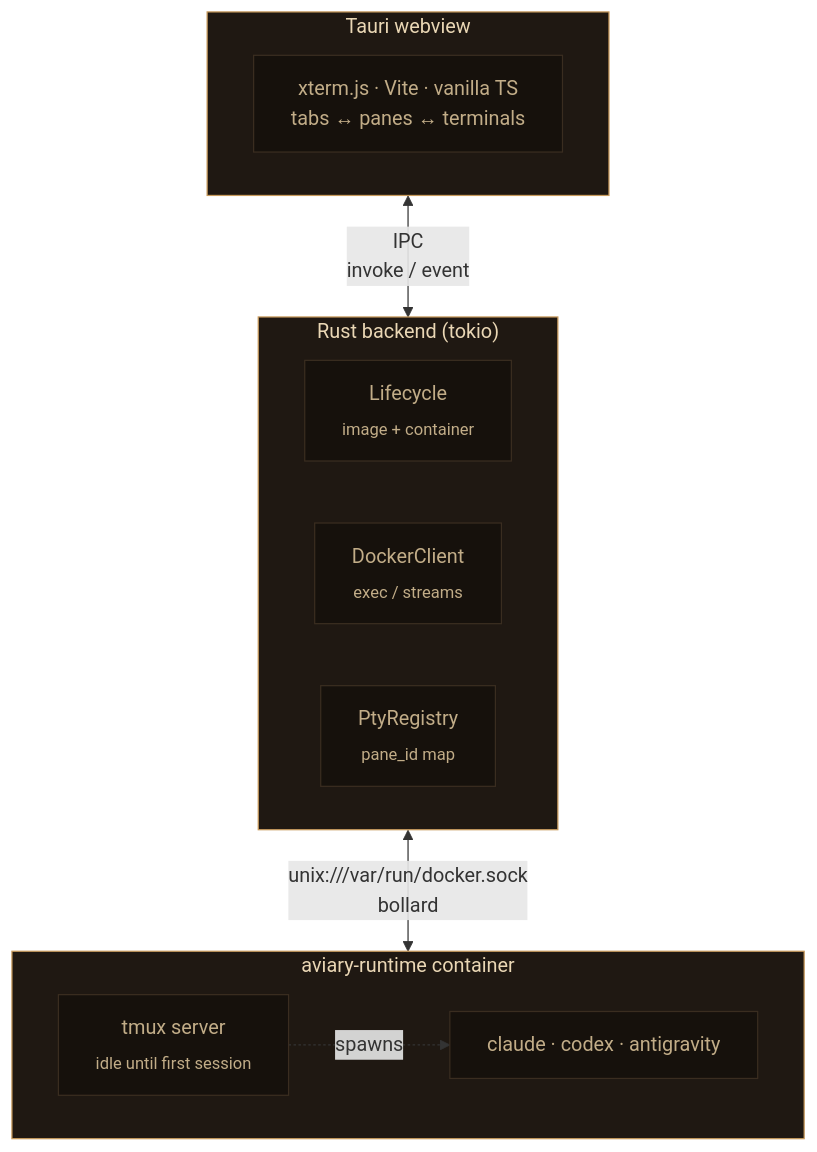
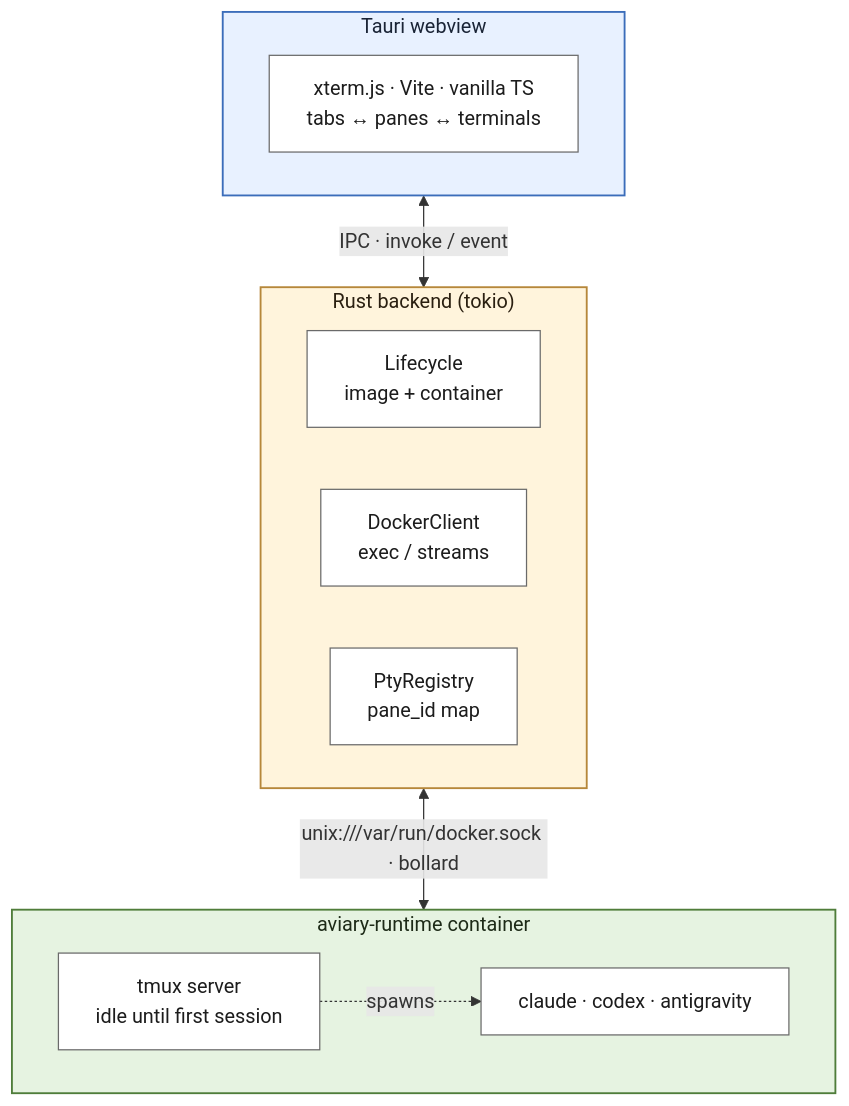
One commit to mpolatcan/aviary changed the first of 3 diagrams in README.md. Above: the diagram before and after it, drawn with Mermaid. The commit also changed other lines of this file, not shown here.

Commit message:
docs: fix Mermaid parse errors and improve diagram contrast
- Sequence diagrams broke on literal &lt;…&gt; — Mermaid does not
  decode HTML entities inside messages. Switch to plain placeholder
  tokens (VER / NAME / CLI / PANE_ID) which read cleanly.
- Architecture flowchart palette was too dark + too uniform on
  GitHub. Repaint layers with light, distinct tints (cool blue
  for webview, warm sand for backend, sage for runtime) with
  bold borders and dark text — readable on both GitHub light
  and dark themes.
- Drop unsupported <sub> tags; use plain <br/> with subtitle text.

````diff
--- a/README.md
+++ b/README.md
@@ -13,29 +13,34 @@
 ```mermaid
 flowchart TB
     subgraph webview["Tauri webview"]
         direction LR
         UI["xterm.js · Vite · vanilla TS<br/>tabs ↔ panes ↔ terminals"]
     end
 
     subgraph backend["Rust backend (tokio)"]
         direction LR
-        LC["Lifecycle<br/><sub>image + container</sub>"]
-        DC["DockerClient<br/><sub>exec / streams</sub>"]
-        PR["PtyRegistry<br/><sub>pane_id map</sub>"]
+        LC["Lifecycle<br/>image + container"]
+        DC["DockerClient<br/>exec / streams"]
+        PR["PtyRegistry<br/>pane_id map"]
     end
 
     subgraph runtime["aviary-runtime container"]
         direction LR
-        TMUX["tmux server<br/><sub>idle until first session</sub>"]
+        TMUX["tmux server<br/>idle until first session"]
         CLIS["claude · codex · antigravity"]
         TMUX -. spawns .-> CLIS
     end
 
-    webview <-- "IPC<br/>invoke / event" --> backend
-    backend <-- "unix:///var/run/docker.sock<br/>bollard" --> runtime
+    webview <-- "IPC · invoke / event" --> backend
+    backend <-- "unix:///var/run/docker.sock · bollard" --> runtime
 
-    classDef layer fill:#1f1812,stroke:#c89a5c,color:#ead7b5
-    classDef box fill:#16110c,stroke:#3a2d20,color:#c2ad88
-    class webview,backend,runtime layer
-    class UI,LC,DC,PR,TMUX,CLIS box
+    classDef webviewBox fill:#e8f1ff,stroke:#3b6dba,stroke-width:1.5px,color:#1a2436
+    classDef backendBox fill:#fff4dc,stroke:#b6873a,stroke-width:1.5px,color:#2a1f10
+    classDef runtimeBox fill:#e6f3e1,stroke:#4f7d3a,stroke-width:1.5px,color:#1d2a17
+    classDef inner    fill:#ffffff,stroke:#6a6a6a,stroke-width:1px,color:#1c1c1c
+
+    class webview webviewBox
+    class backend backendBox
+    class runtime runtimeBox
+    class UI,LC,DC,PR,TMUX,CLIS inner
 ```
````
